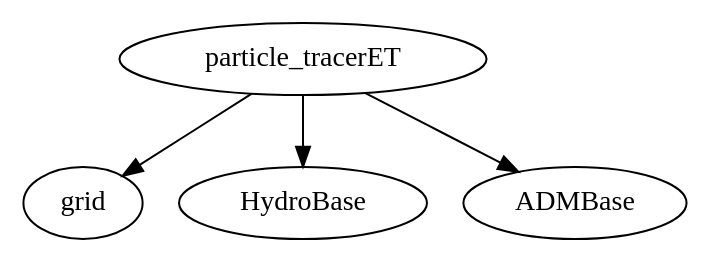
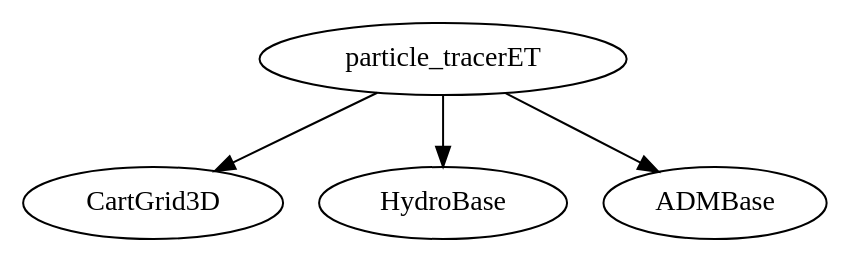
One commit to YuLiumt/Cactus changed the fourth of 6 diagrams in note/Guide/Analysis.rst. Above: the diagram before and after it, drawn with Graphviz. The commit also changed other lines of this file and 91 other files, not shown here.

```diff
--- a/note/Guide/Analysis.rst
+++ b/note/Guide/Analysis.rst
@@ -135,5 +135,5 @@
 .. digraph:: foo
 
-    "particle_tracerET" -> "grid";
+    "particle_tracerET" -> "CartGrid3D";
     "particle_tracerET" -> "HydroBase";
     "particle_tracerET" -> "ADMBase";
```
